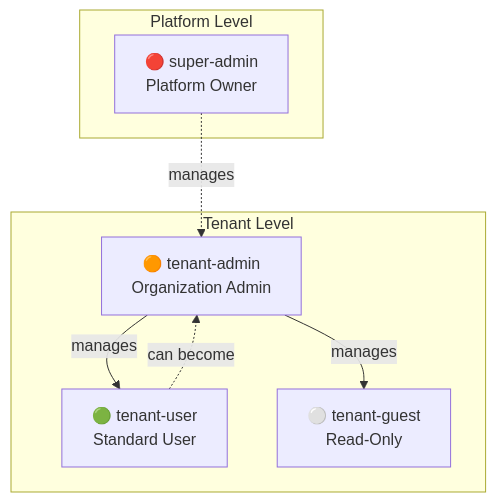
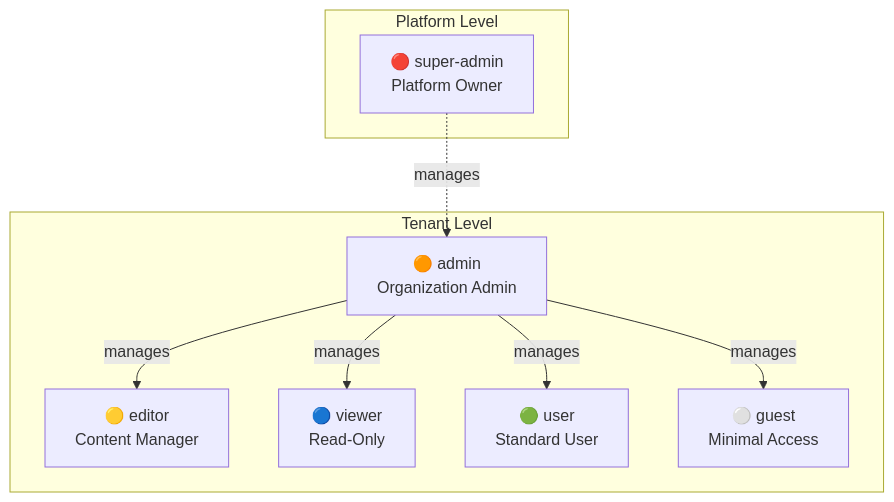
One commit to pawanraocse/aws-infra changed the seventh of 11 diagrams in HLD.md. Above: the diagram before and after it, drawn with Mermaid. The commit also changed other lines of this file and 81 other files, not shown here.

Commit message:
Refactor role management: update role names from 'tenant-admin' to 'admin' and 'tenant-user' to 'user'; adjust related DTOs, services, and UI components for consistency.

````diff
--- a/HLD.md
+++ b/HLD.md
@@ -1103,17 +1084,20 @@
 ```mermaid
 graph TB
     subgraph "Platform Level"
         SA[🔴 super-admin<br/>Platform Owner]
     end
     
     subgraph "Tenant Level"
-        TA[🟠 tenant-admin<br/>Organization Admin]
-        TU[🟢 tenant-user<br/>Standard User]
-        TG[⚪ tenant-guest<br/>Read-Only]
+        TA[🟠 admin<br/>Organization Admin]
+        TE[🟡 editor<br/>Content Manager]
+        TV[🔵 viewer<br/>Read-Only]
+        TU[🟢 user<br/>Standard User]
+        TG[⚪ guest<br/>Minimal Access]
     end
     
     SA -.->|manages| TA
+    TA -->|manages| TE
+    TA -->|manages| TV
     TA -->|manages| TU
     TA -->|manages| TG
-    TU -.->|can become| TA
 ```
````
